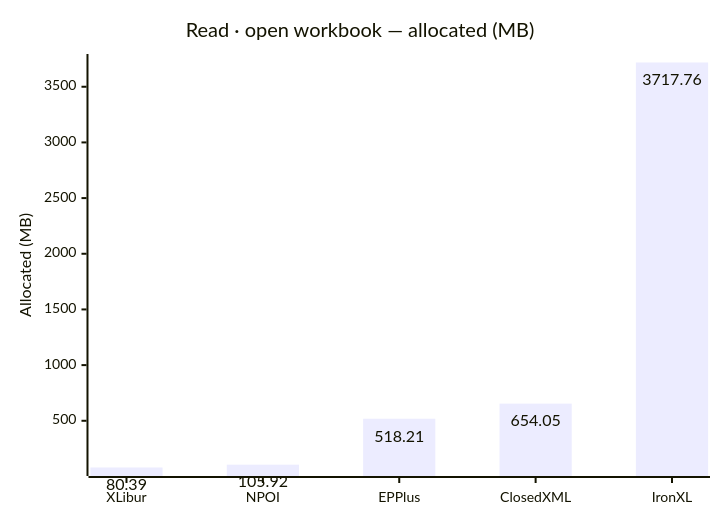
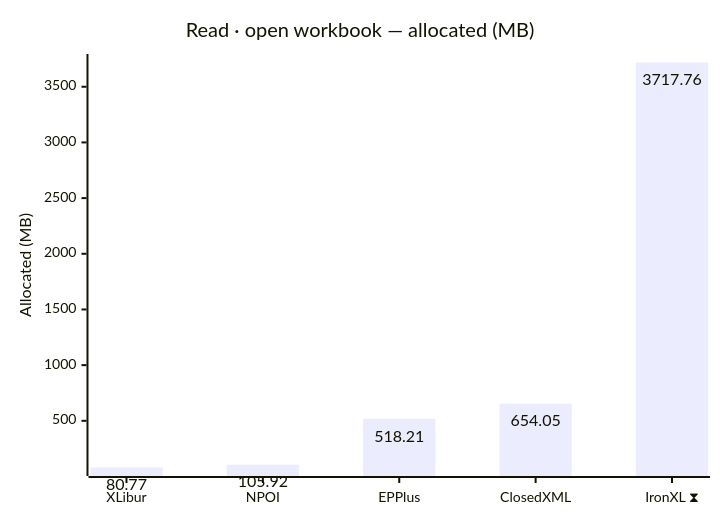
The second of 10 diagrams in docs/results.md (jafin/XLBench), drawn with Mermaid before and after one commit. The commit also changed other lines of this file and 2 other files, not shown here.

First line of the commit message:
docs: refresh benchmark results on XLibur 0.300.0

````diff
--- a/docs/results.md
+++ b/docs/results.md
@@ -48,12 +52,12 @@
 ```mermaid
 ---
 config:
   xyChart:
     showDataLabel: true
 ---
 xychart-beta
     title "Read · open workbook — allocated (MB)"
-    x-axis ["XLibur", "NPOI", "EPPlus", "ClosedXML", "IronXL"]
+    x-axis ["XLibur", "NPOI", "EPPlus", "ClosedXML", "IronXL ⧗"]
     y-axis "Allocated (MB)"
-    bar [80.39, 105.92, 518.21, 654.05, 3717.76]
+    bar [80.77, 105.92, 518.21, 654.05, 3717.76]
 ```
````
